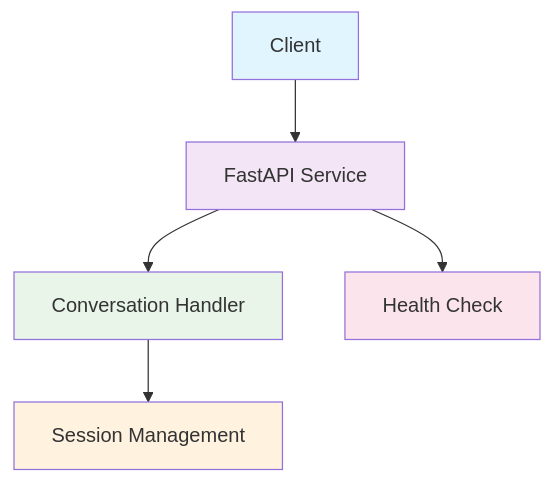
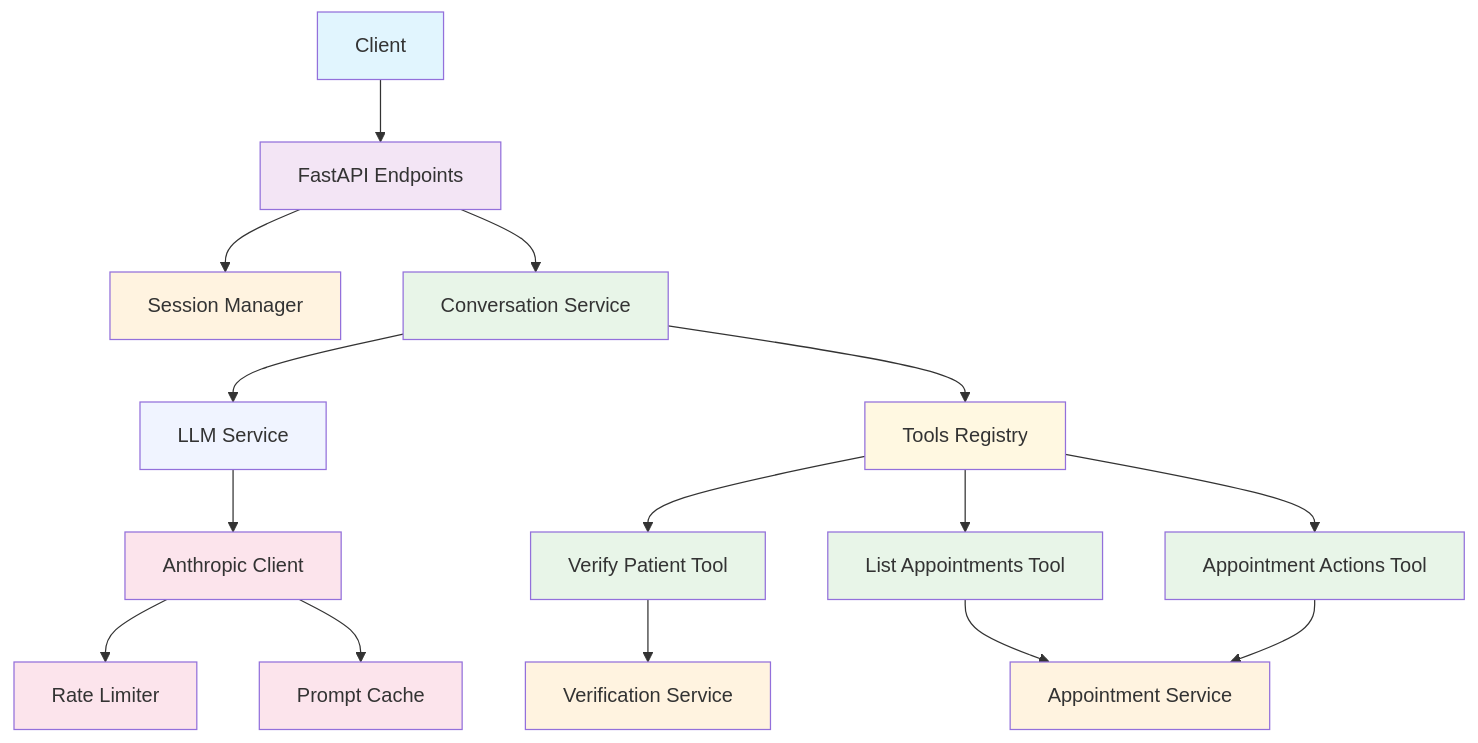
The diagram in README.md (mattkindy/luma), drawn with Mermaid before and after one commit. The commit also changed other lines of this file and 29 other files, not shown here.

````diff
--- a/README.md
+++ b/README.md
@@ -9,13 +9,32 @@
 ```mermaid
 graph TD
-    A[Client] --> B[FastAPI Service]
-    B --> C[Conversation Handler]
-    C --> D[Session Management]
-    B --> E[Health Check]
+    A[Client] --> B[FastAPI Endpoints]
+    B --> C[Session Manager]
+    B --> D[Conversation Service]
+    D --> E[LLM Service]
+    D --> F[Tools Registry]
+    E --> G[Anthropic Client]
+    F --> H[Verify Patient Tool]
+    F --> I[List Appointments Tool]
+    F --> J[Appointment Actions Tool]
+    H --> K[Verification Service]
+    I --> L[Appointment Service]
+    J --> L
+    G --> M[Rate Limiter]
+    G --> N[Prompt Cache]
 
     style A fill:#e1f5fe
     style B fill:#f3e5f5
-    style C fill:#e8f5e8
-    style D fill:#fff3e0
-    style E fill:#fce4ec
+    style C fill:#fff3e0
+    style D fill:#e8f5e8
+    style E fill:#f0f4ff
+    style F fill:#fff8e1
+    style G fill:#fce4ec
+    style H fill:#e8f5e8
+    style I fill:#e8f5e8
+    style J fill:#e8f5e8
+    style K fill:#fff3e0
+    style L fill:#fff3e0
+    style M fill:#fce4ec
+    style N fill:#fce4ec
 ```
````
